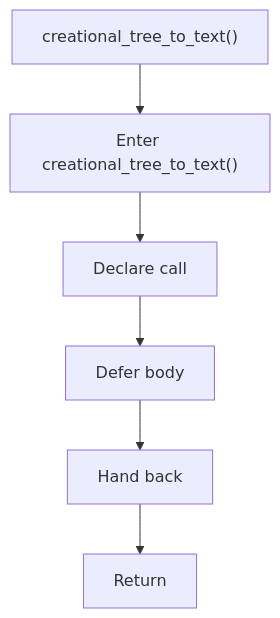
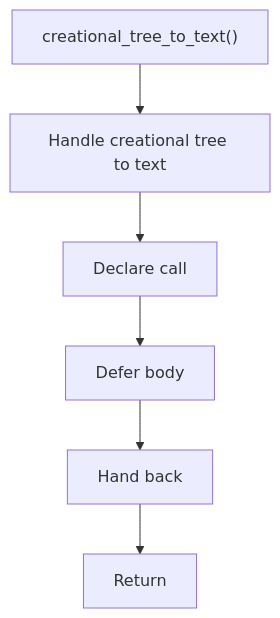
Before and after one commit to JohnAndrewBalbarosa/NeoTerritory: the diagram in docs/Codebase/Microservice/Modules/Header/SyntacticBrokenAST/Trees/Broken/Creational/Flow/functions/creational_tree_to_text.hpp.md, drawn with Mermaid. The commit also changed other lines of this file and 915 other files, not shown here.

````diff
--- a/docs/Codebase/Microservice/Modules/Header/SyntacticBrokenAST/Trees/Broken/Creational/Flow/functions/creational_tree_to_text.hpp.md
+++ b/docs/Codebase/Microservice/Modules/Header/SyntacticBrokenAST/Trees/Broken/Creational/Flow/functions/creational_tree_to_text.hpp.md
@@ -16,14 +16,14 @@
 ```mermaid
 flowchart TD
     Start["creational_tree_to_text()"]
-    N0["Enter creational_tree_to_text()"]
+    N0["Handle creational tree to text"]
     N1["Declare call"]
     N2["Defer body"]
     N3["Hand back"]
     End["Return"]
     Start --> N0
     N0 --> N1
     N1 --> N2
     N2 --> N3
     N3 --> End
 ```
````
